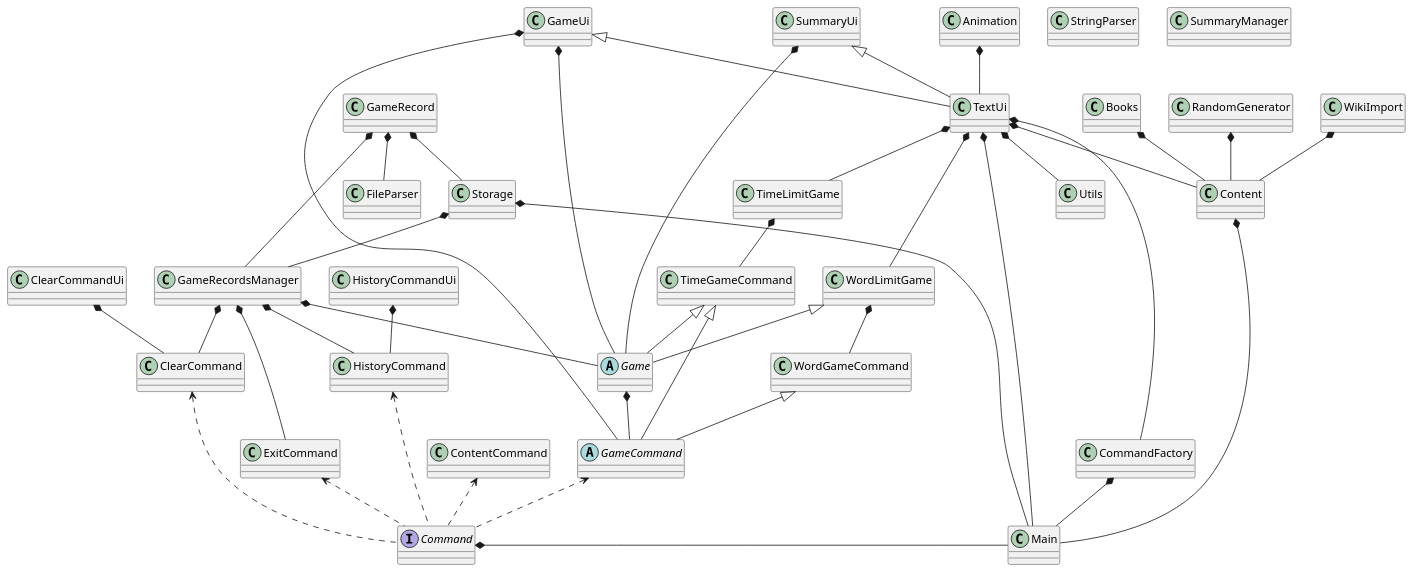
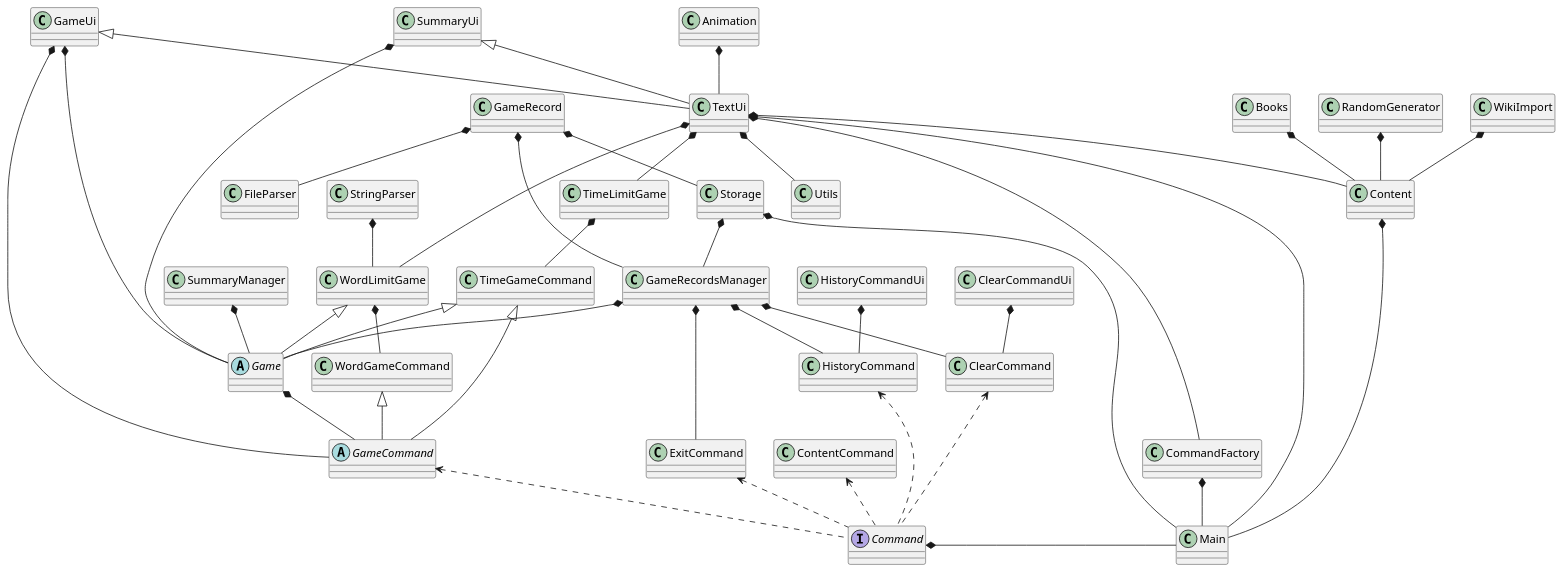
Before and after one commit to nus-cs2113-AY2122S1/tp: the diagram in docs/diagrams/architecture.puml, drawn with PlantUML.

Commit message:
Architecture

```diff
--- a/docs/diagrams/architecture.puml
+++ b/docs/diagrams/architecture.puml
@@ -1,77 +1,79 @@
 @startuml
 'https://plantuml.com/class-diagram
 
 class Main
 interface Command
 class ClearCommand
 class ContentCommand
 class ExitCommand
 abstract class GameCommand
 class HistoryCommand
 class TimeGameCommand
 class WordGameCommand
 class CommandFactory
 class Books
 class Utils
 class SummaryUi
 class StringParser
 class Content
 class TimeLimitGame
 class WordLimitGame
 abstract class Game
 class Storage
 class Animation
 class RandomGenerator
 class WikiImport
 class GameRecord
 class GameRecordsManager
 class SummaryManager
 class FileParser
 class ClearCommandUi
 class GameUi
 class HistoryCommandUi
 class TextUi
 
 ClearCommand <.. Command
 ContentCommand <.. Command
 ExitCommand <.. Command
 GameCommand <.. Command
 HistoryCommand <.. Command
 TimeGameCommand <|-- GameCommand
 WordGameCommand <|-- GameCommand
 TimeGameCommand <|-- Game
 WordLimitGame <|-- Game
 GameUi <|-- TextUi
 SummaryUi <|-- TextUi
 Storage *- Main
 Content *-- Main
 TextUi *-- Main
 CommandFactory *-- Main
 Command *- Main
 Animation *-- TextUi
 GameUi *-- Game
 SummaryUi *-- Game
+SummaryManager *-- Game
 GameRecordsManager *-- Game
 Game *-- GameCommand
 GameUi *-- GameCommand
 GameRecordsManager *-- ClearCommand
 ClearCommandUi *-- ClearCommand
 GameRecordsManager *-- ExitCommand
 GameRecordsManager *-- HistoryCommand
 HistoryCommandUi *-- HistoryCommand
 TimeLimitGame *-- TimeGameCommand
 WordLimitGame *-- WordGameCommand
 TextUi *- CommandFactory
 TextUi *-- Utils
 TextUi *-- Content
 WikiImport *-- Content
 RandomGenerator *-- Content
 Books *-- Content
 Storage *-- GameRecordsManager
 GameRecord *-- GameRecordsManager
 TextUi *-- TimeLimitGame
 TextUi *-- WordLimitGame
 GameRecord *-- FileParser
 GameRecord *-- Storage
+StringParser *-- WordLimitGame
 
 @enduml
```
